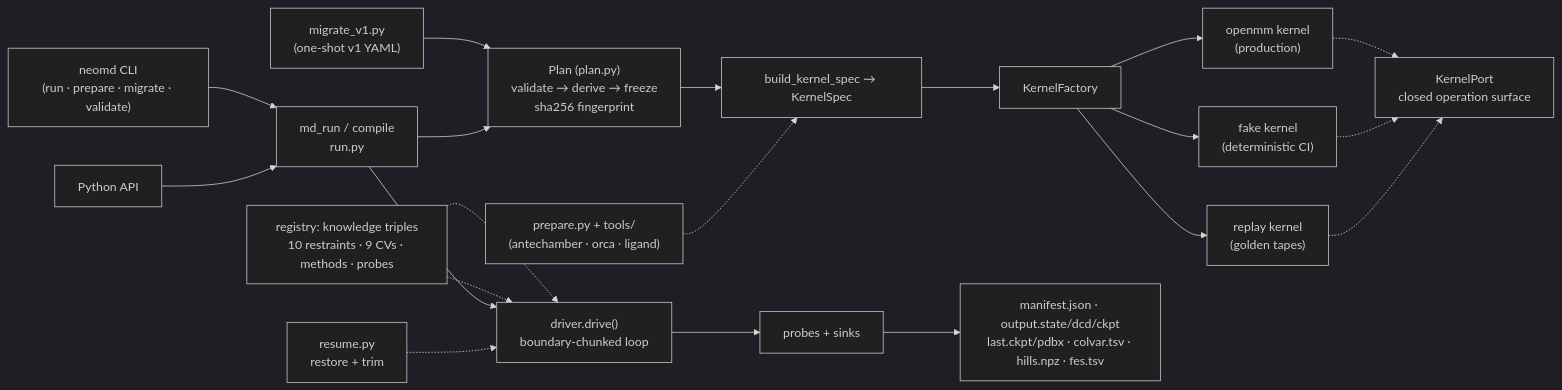
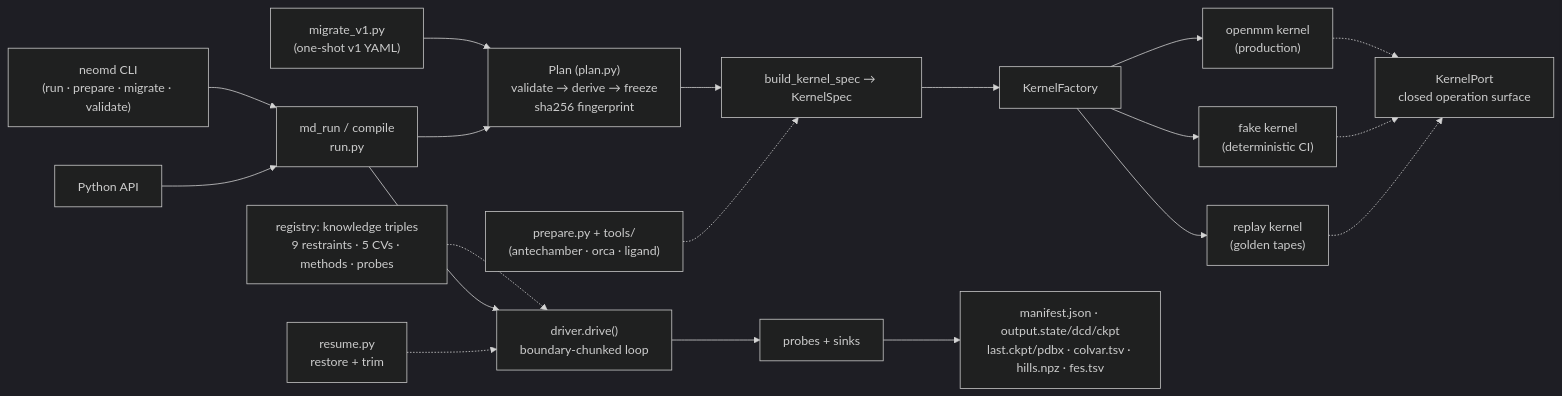
One commit to NeoBinder/NeoDynamics changed the diagram in README.md. Above: the diagram before and after it, drawn with Mermaid (dark theme). The commit also changed other lines of this file and 16 other files, not shown here.

````diff
--- a/README.md
+++ b/README.md
@@ -204,18 +168,17 @@
 ```mermaid
 flowchart LR
     CLI["neomd CLI<br/>(run · prepare · migrate · validate)"] --> MR["md_run / compile<br/>run.py"]
     PY["Python API"] --> MR
     MV["migrate_v1.py<br/>(one-shot v1 YAML)"] --> PL["Plan (plan.py)<br/>validate → derive → freeze<br/>sha256 fingerprint"]
     MR --> PL --> KS["build_kernel_spec → KernelSpec"]
     KS --> FAC["KernelFactory"]
     FAC --> OM["openmm kernel<br/>(production)"]
     FAC --> FK["fake kernel<br/>(deterministic CI)"]
     FAC --> RP["replay kernel<br/>(golden tapes)"]
     OM & FK & RP -.-> PORT["KernelPort<br/>closed operation surface"]
-    REG["registry: knowledge triples<br/>9 restraints · 9 CVs · methods · probes"] -.-> DRV
-    REG["registry: knowledge triples<br/>10 restraints · 9 CVs · methods · probes"] -.-> DRV
+    REG["registry: knowledge triples<br/>9 restraints · 5 CVs · methods · probes"] -.-> DRV
     MR --> DRV["driver.drive()<br/>boundary-chunked loop"]
     RES["resume.py<br/>restore + trim"] -.-> DRV
     DRV --> PRB["probes + sinks"] --> ART["manifest.json · output.state/dcd/ckpt<br/>last.ckpt/pdbx · colvar.tsv · hills.npz · fes.tsv"]
     PRE["prepare.py + tools/<br/>(antechamber · orca · ligand)"] -.-> KS
 ```
````
